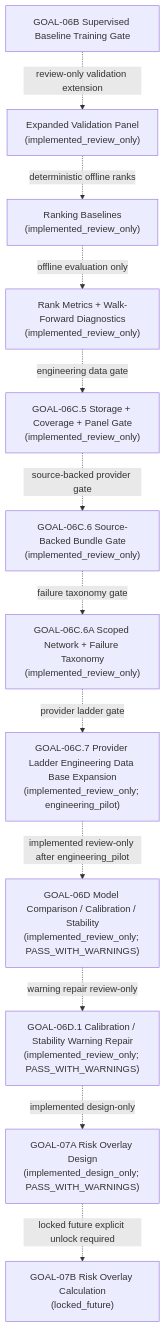
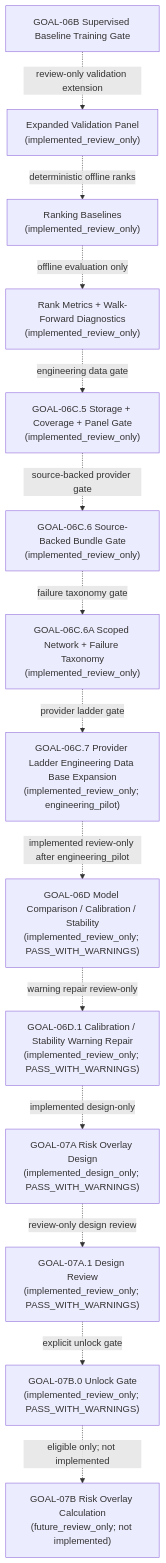
One commit to RyanLu0203/A_share_premarket_core changed the second of 3 diagrams in docs/architecture/ACTIVE_WORKFLOW_THROUGH_GOAL06B.md. Above: the diagram before and after it, drawn with Mermaid. The commit also changed other lines of this file and 61 other files, not shown here.

Commit message:
Add GOAL-07B.0 review-only unlock gate

````diff
--- a/docs/architecture/ACTIVE_WORKFLOW_THROUGH_GOAL06B.md
+++ b/docs/architecture/ACTIVE_WORKFLOW_THROUGH_GOAL06B.md
@@ -29,14 +29,16 @@
 ```mermaid
 flowchart TD
     A["GOAL-06B Supervised Baseline Training Gate"] -. "review-only validation extension" .-> B["Expanded Validation Panel<br/>(implemented_review_only)"]
     B -. "deterministic offline ranks" .-> C["Ranking Baselines<br/>(implemented_review_only)"]
     C -. "offline evaluation only" .-> D["Rank Metrics + Walk-Forward Diagnostics<br/>(implemented_review_only)"]
     D -. "engineering data gate" .-> E["GOAL-06C.5 Storage + Coverage + Panel Gate<br/>(implemented_review_only)"]
     E -. "source-backed provider gate" .-> F["GOAL-06C.6 Source-Backed Bundle Gate<br/>(implemented_review_only)"]
     F -. "failure taxonomy gate" .-> G["GOAL-06C.6A Scoped Network + Failure Taxonomy<br/>(implemented_review_only)"]
     G -. "provider ladder gate" .-> H["GOAL-06C.7 Provider Ladder Engineering Data Base Expansion<br/>(implemented_review_only; engineering_pilot)"]
     H -. "implemented review-only after engineering_pilot" .-> I["GOAL-06D Model Comparison / Calibration / Stability<br/>(implemented_review_only; PASS_WITH_WARNINGS)"]
     I -. "warning repair review-only" .-> I2["GOAL-06D.1 Calibration / Stability Warning Repair<br/>(implemented_review_only; PASS_WITH_WARNINGS)"]
     I2 -. "implemented design-only" .-> J["GOAL-07A Risk Overlay Design<br/>(implemented_design_only; PASS_WITH_WARNINGS)"]
-    J -. "locked future explicit unlock required" .-> K["GOAL-07B Risk Overlay Calculation<br/>(locked_future)"]
+    J -. "review-only design review" .-> J2["GOAL-07A.1 Design Review<br/>(implemented_review_only; PASS_WITH_WARNINGS)"]
+    J2 -. "explicit unlock gate" .-> J3["GOAL-07B.0 Unlock Gate<br/>(implemented_review_only; PASS_WITH_WARNINGS)"]
+    J3 -. "eligible only; not implemented" .-> K["GOAL-07B Risk Overlay Calculation<br/>(future_review_only; not implemented)"]
 ```
````
